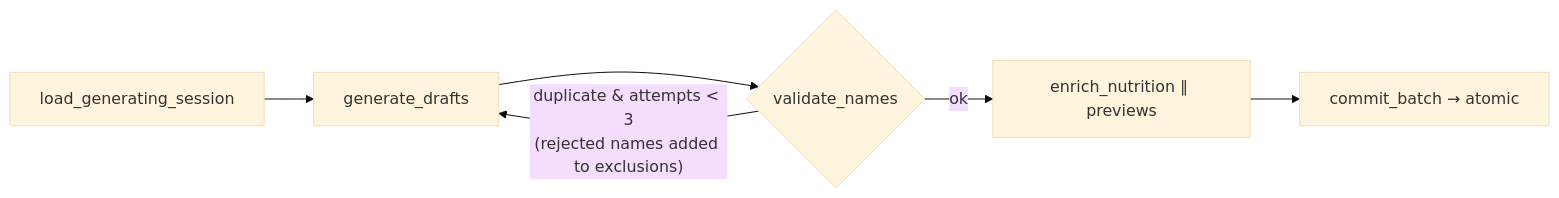
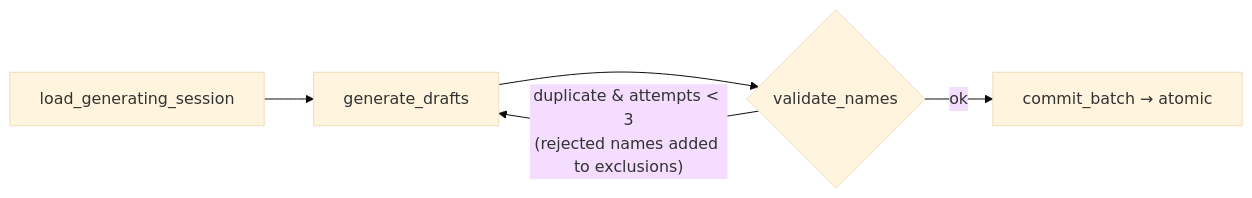
Before and after one commit to samarthmn/cook-mantra: the third of 3 diagrams in docs/architecture-doc.md, drawn with Mermaid (base theme). The commit also changed other lines of this file and 164 other files, not shown here.

````diff
--- a/docs/architecture-doc.md
+++ b/docs/architecture-doc.md
@@ -112,8 +115,7 @@
 ```mermaid
 flowchart LR
     L[load_generating_session] --> D[generate_drafts]
     D --> V{validate_names}
     V -- "duplicate & attempts < 3<br/>(rejected names added to exclusions)" --> D
-    V -- ok --> E[enrich_nutrition ∥ previews]
-    E --> C[commit_batch → atomic]
+    V -- ok --> C[commit_batch → atomic]
 ```
````
